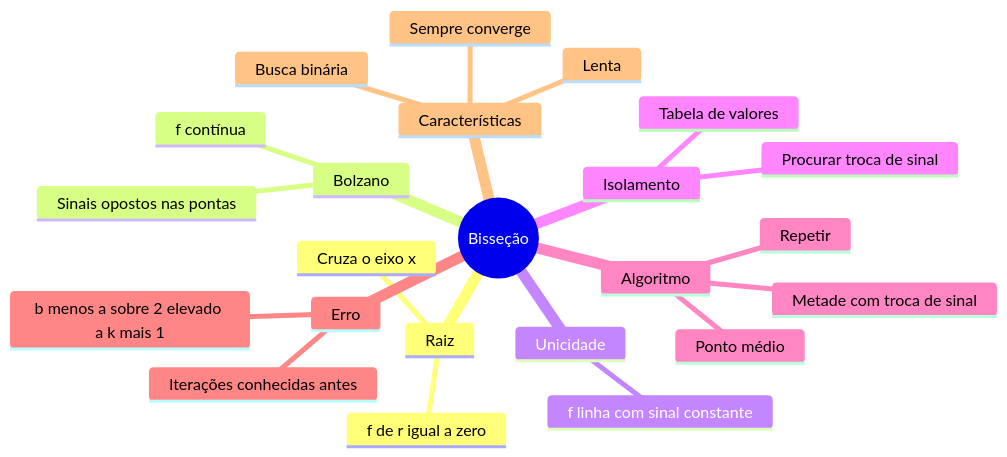
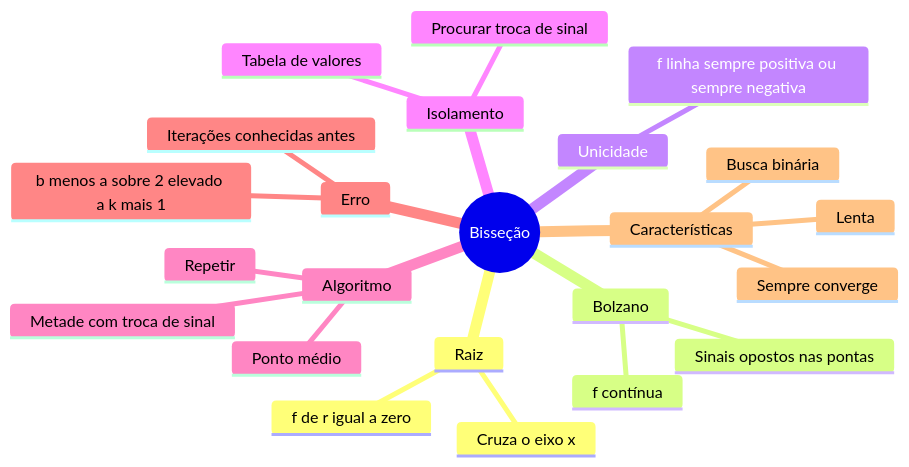
One commit to rps4-school/school-cc changed the diagram in conteudo/calculo/aulas/07-bissecao.md. Above: the diagram before and after it, drawn with Mermaid. The commit also changed other lines of this file and 33 other files, not shown here.

````diff
--- a/conteudo/calculo/aulas/07-bissecao.md
+++ b/conteudo/calculo/aulas/07-bissecao.md
@@ -197,26 +198,26 @@
 ```mermaid
 mindmap
   root((Bisseção))
     Raiz
       f de r igual a zero
       Cruza o eixo x
     Bolzano
       f contínua
       Sinais opostos nas pontas
     Unicidade
-      f linha com sinal constante
+      f linha sempre positiva ou sempre negativa
     Isolamento
       Tabela de valores
       Procurar troca de sinal
     Algoritmo
       Ponto médio
       Metade com troca de sinal
       Repetir
     Erro
       b menos a sobre 2 elevado a k mais 1
       Iterações conhecidas antes
     Características
       Sempre converge
       Lenta
       Busca binária
 ```
````
